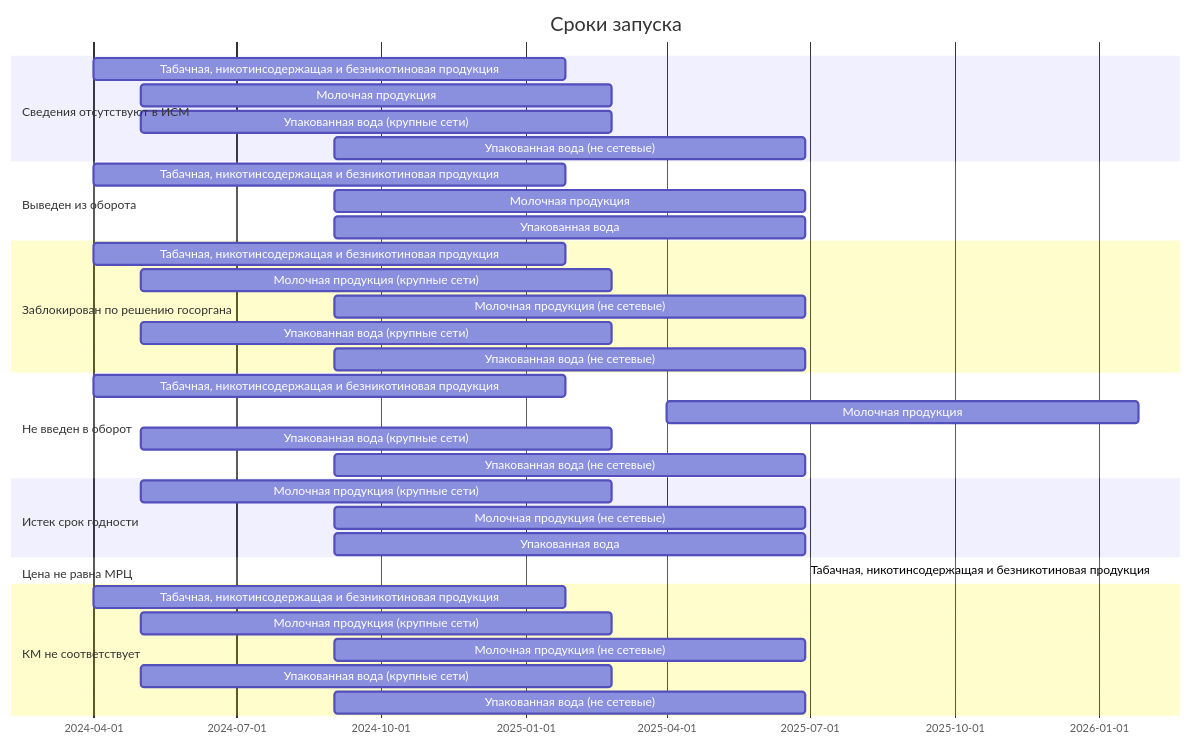
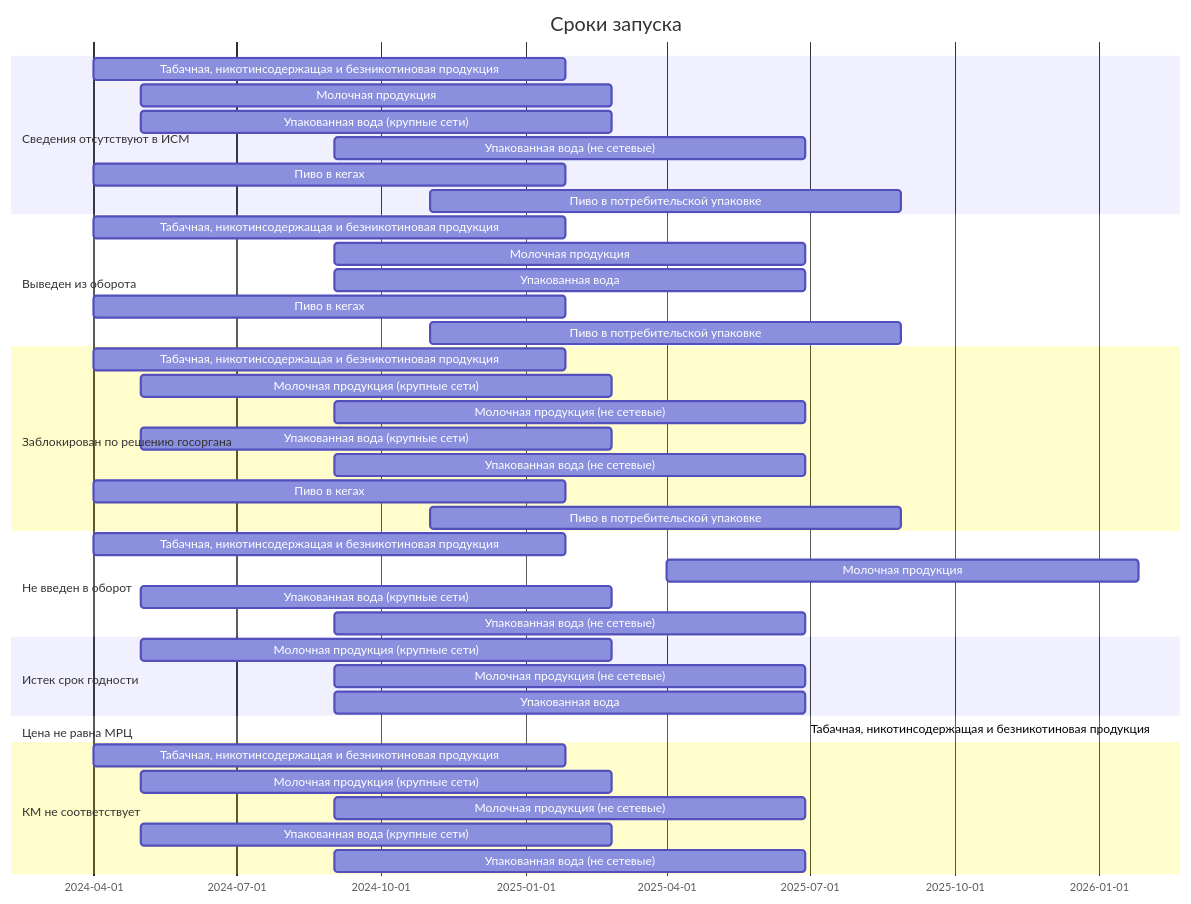
Before and after one commit to itidasoft/wiki: the diagram in imark/ppr1944.md, drawn with Mermaid. The commit also changed other lines of this file, not shown here.

Commit message:
docs: update imark/ppr1944

````diff
--- a/imark/ppr1944.md
+++ b/imark/ppr1944.md
@@ -195,44 +195,50 @@
 ```mermaid
 gantt
 	title Сроки запуска
   dateFormat DD-MM-YYYY
   section Сведения отсутствуют в ИСМ
   	Табачная, никотинсодержащая и безникотиновая продукция          :a1, 01-04-2024, 300d
     Молочная продукция    :a2, 01-05-2024, 300d
     Упакованная вода (крупные сети)   :a3, 01-05-2024, 300d
     Упакованная вода (не сетевые)   :a4, 01-09-2024, 300d
+    Пиво в кегах       :a5, 01-04-2024, 300d
+    Пиво в потребительской упаковке       :a6, 01-11-2024, 300d
     
   section Выведен из оборота
   	Табачная, никотинсодержащая и безникотиновая продукция          :a1, 01-04-2024, 300d
     Молочная продукция    :a2, 01-09-2024, 300d
     Упакованная вода   :a3, 01-09-2024, 300d
+    Пиво в кегах       :a4, 01-04-2024, 300d
+    Пиво в потребительской упаковке       :a5, 01-11-2024, 300d
     
   section Заблокирован по решению госоргана
   	Табачная, никотинсодержащая и безникотиновая продукция          :a1, 01-04-2024, 300d
     Молочная продукция (крупные сети)    :a2, 01-05-2024, 300d
     Молочная продукция (не сетевые)    :a3, 01-09-2024, 300d
     Упакованная вода (крупные сети)   :a4, 01-05-2024, 300d
     Упакованная вода (не сетевые)   :a5, 01-09-2024, 300d
+    Пиво в кегах       :a6, 01-04-2024, 300d
+    Пиво в потребительской упаковке       :a7, 01-11-2024, 300d
     
   section Не введен в оборот
   	Табачная, никотинсодержащая и безникотиновая продукция          :a1, 01-04-2024, 300d
     Молочная продукция    :a2, 01-04-2025, 300d
     Упакованная вода (крупные сети)   :a3, 01-05-2024, 300d
     Упакованная вода (не сетевые)   :a4, 01-09-2024, 300d
     
   section Истек срок годности
   	Молочная продукция (крупные сети)    :a1, 01-05-2024, 300d
     Молочная продукция (не сетевые)    :a2, 01-09-2024, 300d
     Упакованная вода   :a3, 01-09-2024, 300d
     
   section Цена не равна МРЦ
   	Табачная, никотинсодержащая и безникотиновая продукция          :a1
     
   section КМ не соответствует
   	Табачная, никотинсодержащая и безникотиновая продукция          :a1, 01-04-2024, 300d
     Молочная продукция (крупные сети)    :a2, 01-05-2024, 300d
     Молочная продукция (не сетевые)    :a3, 01-09-2024, 300d
     Упакованная вода (крупные сети)   :a4, 01-05-2024, 300d
     Упакованная вода (не сетевые)   :a5, 01-09-2024, 300d
     
 ```
````
